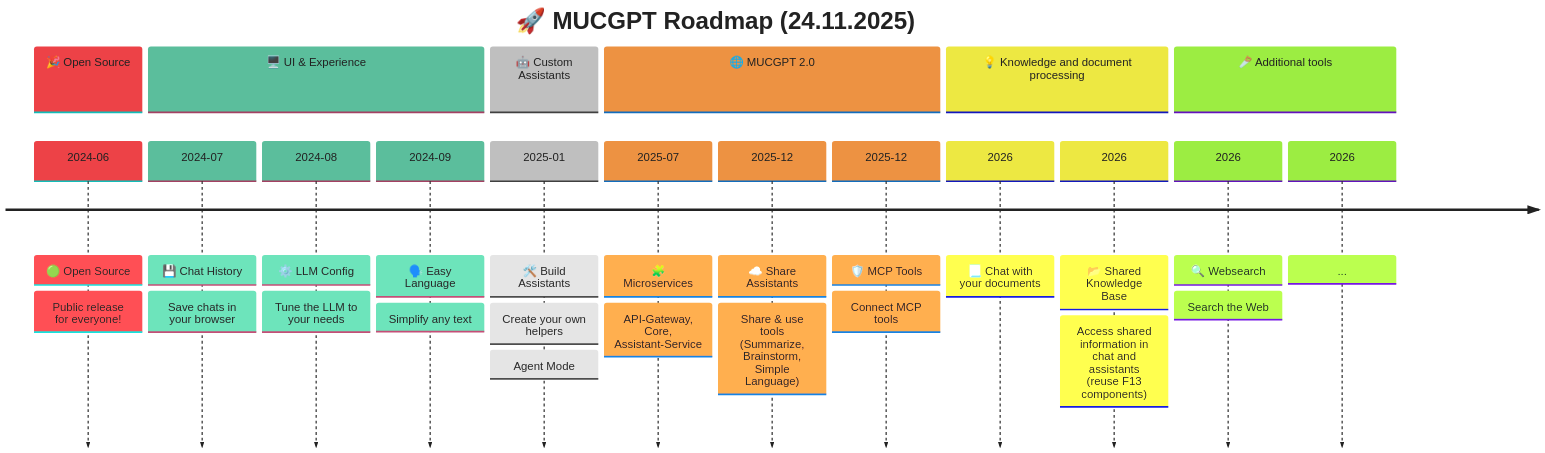
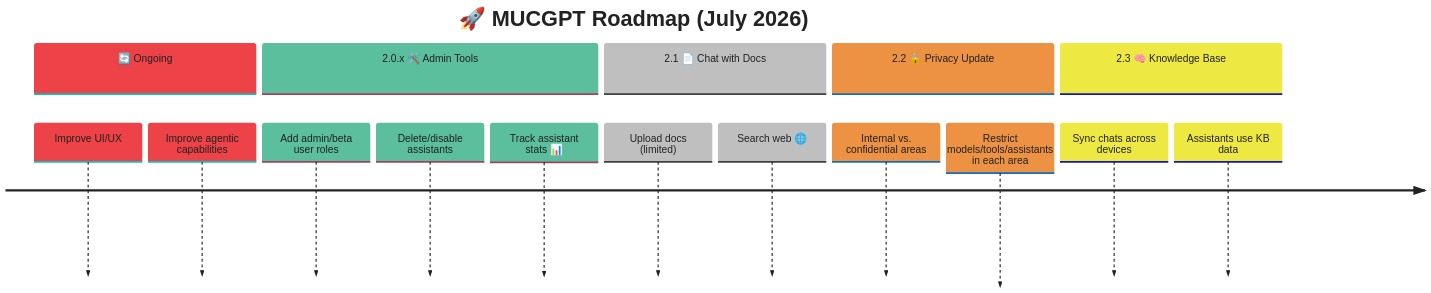
One commit to it-at-m/mucgpt changed the diagram in README.md. Above: the diagram before and after it, drawn with Mermaid.

Commit message:
📃improve agentic capabilities

````diff
--- a/README.md
+++ b/README.md
@@ -133,44 +133,41 @@
 ```mermaid
 %%{init:
 {
   "theme": "base",
   "themeVariables": {
       "primaryColor": "#F8B6B8",
       "primaryTextColor": "#222222",
       "primaryBorderColor": "#F6A6A6",
       "lineColor": "#FFE5B4",
       "secondaryColor": "#B6E2D3",
       "tertiaryColor": "#FFFFFF",
       "background": "#FFF8F0",
-      "fontSize": "20px",
-      "fontFamily": "Inter, Segoe UI, Trebuchet MS, Verdana, Arial, sans-serif"
+      "fontSize": "18px",
+      "fontFamily": "Inter, sans-serif"
   }
 }
 }%%
 timeline
-  title 🚀 MUCGPT Roadmap (24.11.2025)
+  title 🚀 MUCGPT Roadmap (July 2026)
 
-  section 🎉 Open Source
-    2024-06 : 🟢 Open Source : Public release for everyone!
+  section 🔄 Ongoing
+    Improve UI/UX
+    Improve agentic capabilities
 
-  section 🖥️ UI & Experience
-    2024-07 : 💾 Chat History : Save chats in your browser
-    2024-08 : ⚙️ LLM Config : Tune the LLM to your needs
-    2024-09 : 🗣️ Easy Language : Simplify any text
+  section 2.0.x 🛠️ Admin Tools
+    Add admin/beta user roles
+    Delete/disable assistants
+    Track assistant stats 📊
 
-  section 🤖 Custom Assistants
-    2025-01 : 🛠️ Build Assistants : Create your own helpers
+  section 2.1 📄 Chat with Docs
+    Upload docs (limited)
+    Search web 🌐
 
-  section 🌐 MUCGPT 2.0: Agent Mode
-    2025-07 : 🧩 Microservices : API-Gateway, Core, Assistant-Service
-    2025-12 : ☁️ Share Assistants : Share & use tools (Summarize, Brainstorm, Simple Language)
-    2025-12 : 🛡️ MCP Tools : Connect MCP tools
+  section 2.2 🔒 Privacy Update
+    Internal vs. confidential areas
+    Restrict models/tools/assistants in each area
 
-  section 💡 Knowledge and document processing
-    2026: 📃 Chat with your documents
-    2026: 📂 Shared Knowledge Base: Access shared information in chat and assistants (reuse F13 components)
-
-  section 🪚 Additional tools
-    2026: 🔍 Websearch: Search the Web
-    2026: ...
+  section 2.3 🧠 Knowledge Base
+    Sync chats across devices
+    Assistants use KB data
 ```
````
